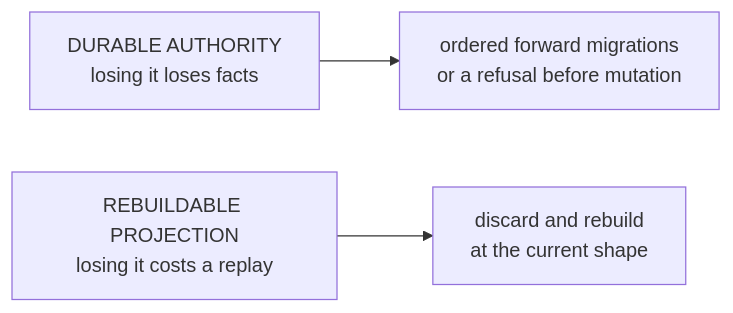
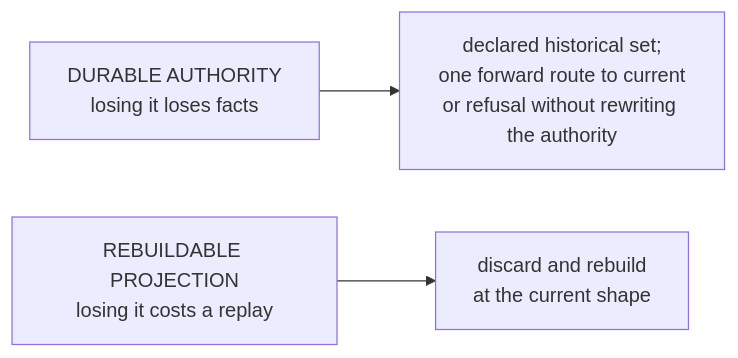
One commit to infimalabs/spice-rust changed the ninth of 9 diagrams in docs/product/model/domain.md. Above: the diagram before and after it, drawn with Mermaid. The commit also changed other lines of this file and 120 other files, not shown here.

````diff
--- a/docs/product/model/domain.md
+++ b/docs/product/model/domain.md
@@ -166,5 +166,5 @@
 ```mermaid
 flowchart LR
-  DA["DURABLE AUTHORITY<br/>losing it loses facts"] --> M["ordered forward migrations<br/>or a refusal before mutation"]
+  DA["DURABLE AUTHORITY<br/>losing it loses facts"] --> M["declared historical set;<br/>one forward route to current<br/>or refusal without rewriting the authority"]
   RP["REBUILDABLE PROJECTION<br/>losing it costs a replay"] --> D["discard and rebuild<br/>at the current shape"]
 ```
````
